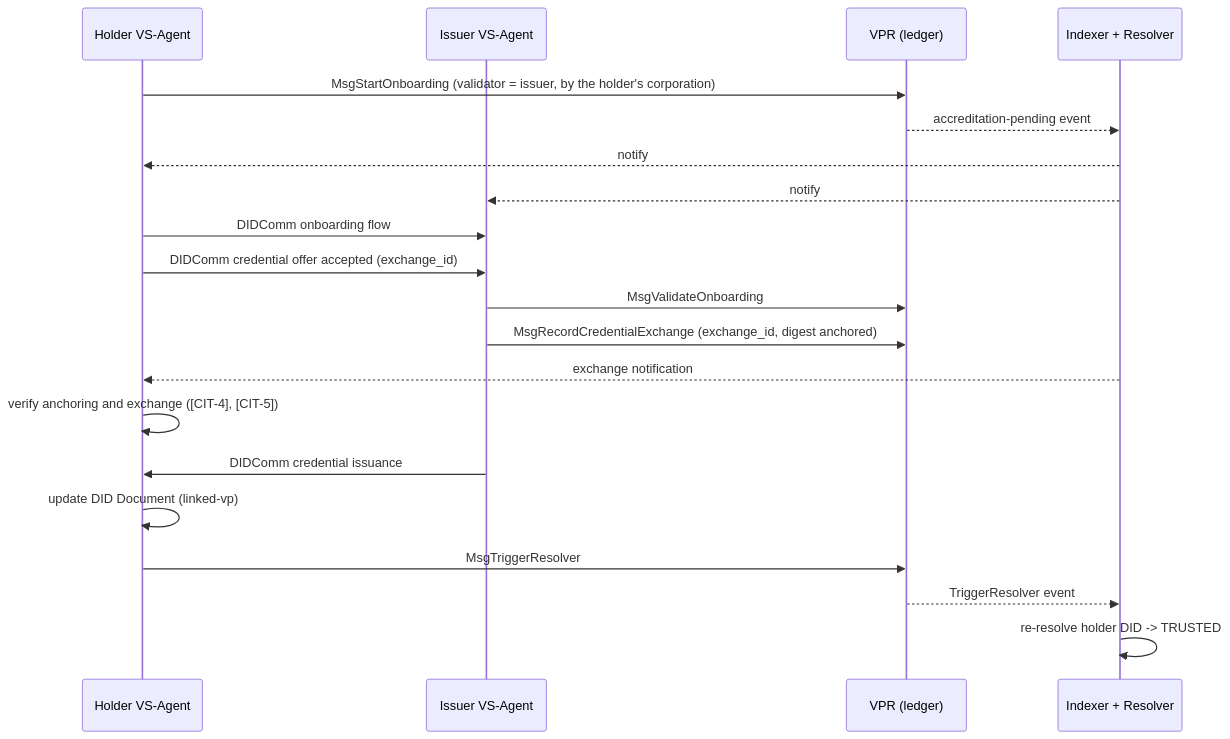
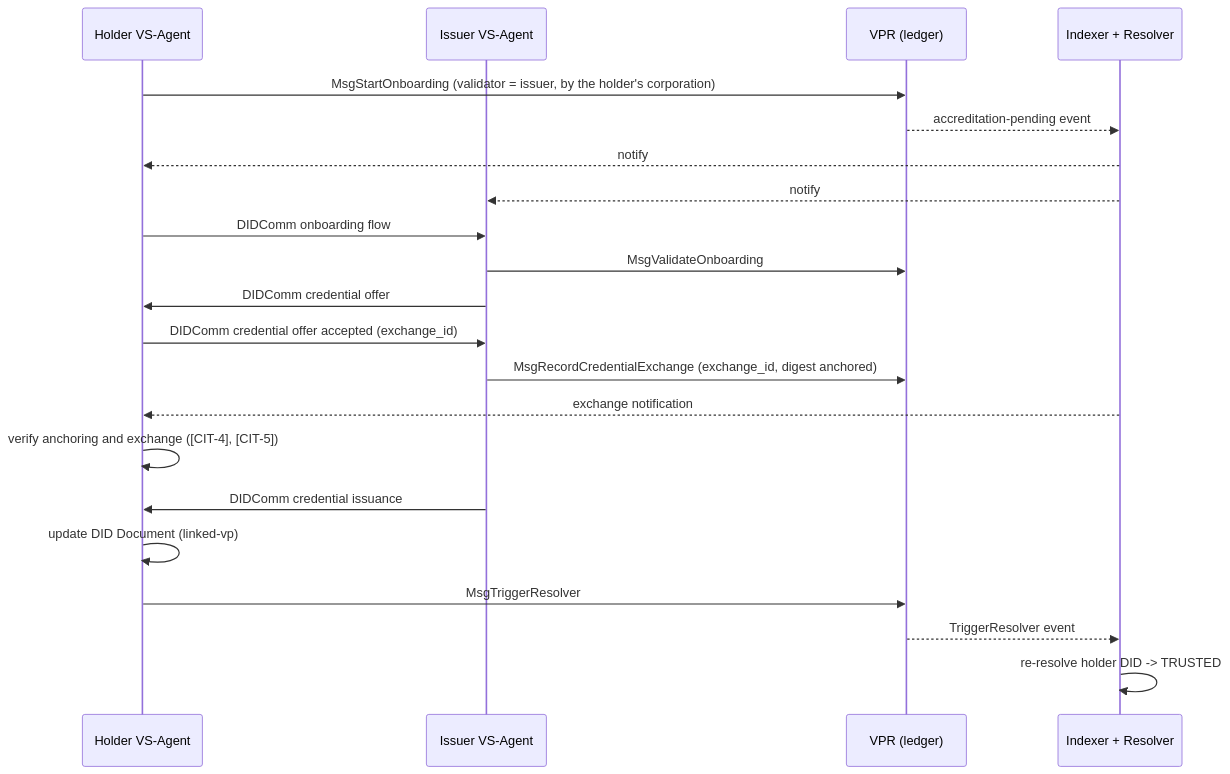
Before and after one commit to verana-labs/verifiable-trust-spec: diagram 15 of 16 in spec.md, drawn with Mermaid.

Commit message:
Example 1 diagram: the offer follows the validation (audit)

````diff
--- a/spec.md
+++ b/spec.md
@@ -2622,23 +2622,24 @@
 ```mermaid
 sequenceDiagram
     participant Holder as Holder VS-Agent
     participant Issuer as Issuer VS-Agent
     participant VPR as VPR (ledger)
     participant Idx as Indexer + Resolver
 
     Holder->>VPR: MsgStartOnboarding (validator = issuer, by the holder's corporation)
     VPR-->>Idx: accreditation-pending event
     Idx-->>Holder: notify
     Idx-->>Issuer: notify
     Holder->>Issuer: DIDComm onboarding flow
+    Issuer->>VPR: MsgValidateOnboarding
+    Issuer->>Holder: DIDComm credential offer
     Holder->>Issuer: DIDComm credential offer accepted (exchange_id)
-    Issuer->>VPR: MsgValidateOnboarding
     Issuer->>VPR: MsgRecordCredentialExchange (exchange_id, digest anchored)
     Idx-->>Holder: exchange notification
     Holder->>Holder: verify anchoring and exchange ([CIT-4], [CIT-5])
     Issuer->>Holder: DIDComm credential issuance
     Holder->>Holder: update DID Document (linked-vp)
     Holder->>VPR: MsgTriggerResolver
     VPR-->>Idx: TriggerResolver event
     Idx->>Idx: re-resolve holder DID -> TRUSTED
 ```
````
